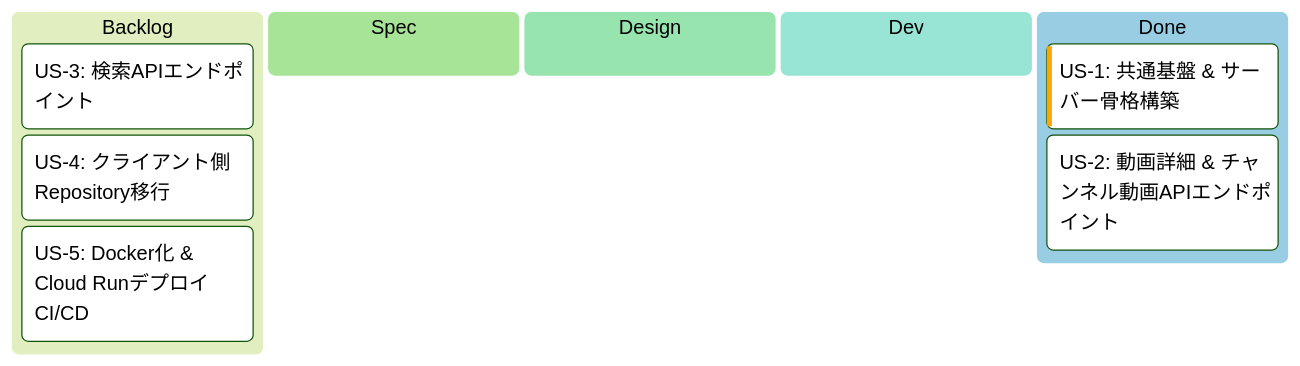
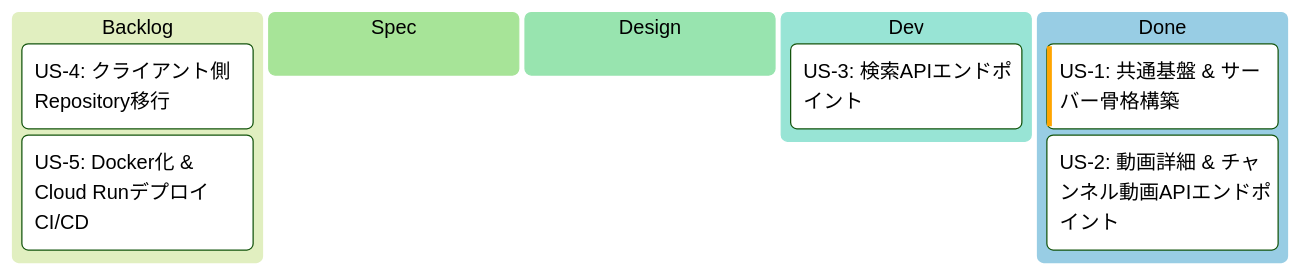
Before and after one commit to saki0000/collab-stream: the first of 2 diagrams in implement-context/api-proxy-server/EPIC.md, drawn with Mermaid (forest theme). The commit also changed other lines of this file and 11 other files, not shown here.

````diff
--- a/implement-context/api-proxy-server/EPIC.md
+++ b/implement-context/api-proxy-server/EPIC.md
@@ -26,18 +26,18 @@
 ```mermaid
 ---
 config:
   kanban:
     ticketBaseUrl: ''
 ---
 kanban
   backlog[Backlog]
-    us3[US-3: 検索APIエンドポイント]
     us4[US-4: クライアント側Repository移行]
     us5[US-5: Docker化 & Cloud Runデプロイ CI/CD]
   spec[Spec]
   design[Design]
   dev[Dev]
+    us3[US-3: 検索APIエンドポイント]
   done[Done]
     us1[US-1: 共通基盤 & サーバー骨格構築]@{ priority: 'High' }
     us2[US-2: 動画詳細 & チャンネル動画APIエンドポイント]
 ```
````
